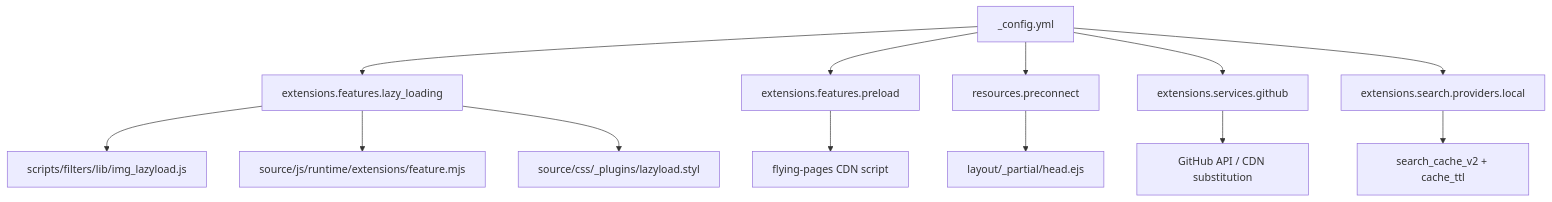
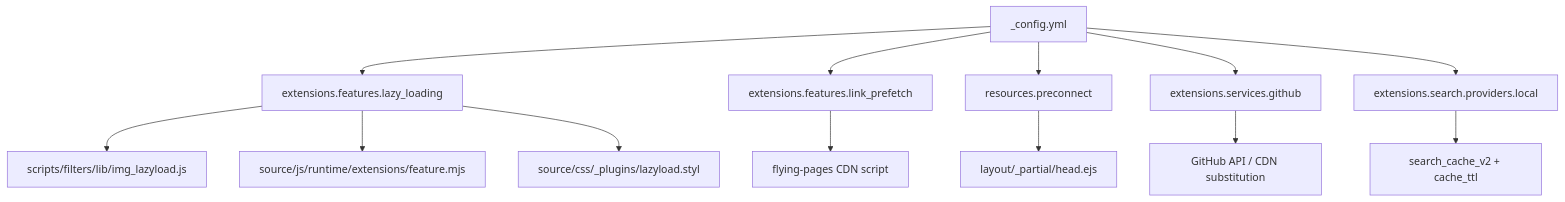
One commit to xaoxuu/hexo-theme-stellar changed the first of 3 diagrams in docs/knowledge/09-高级主题/performance.md. Above: the diagram before and after it, drawn with Mermaid. The commit also changed other lines of this file and 75 other files, not shown here.

````diff
--- a/docs/knowledge/09-高级主题/performance.md
+++ b/docs/knowledge/09-高级主题/performance.md
@@ -51,20 +51,20 @@
 ```mermaid
 flowchart TD
   A["_config.yml"] --> B["extensions.features.lazy_loading"]
-  A --> D["extensions.features.preload"]
+  A --> D["extensions.features.link_prefetch"]
   A --> E["resources.preconnect"]
   A --> F["extensions.services.github"]
   A --> G["extensions.search.providers.local"]
 
   B --> B1["scripts/filters/lib/img_lazyload.js"]
   B --> B2["source/js/runtime/extensions/feature.mjs"]
   B --> B3["source/css/_plugins/lazyload.styl"]
 
   D --> D1["flying-pages CDN script"]
 
   E --> E2["layout/_partial/head.ejs"]
 
   F --> F1["GitHub API / CDN substitution"]
 
   G --> G1["search_cache_v2 + cache_ttl"]
 ```
````
